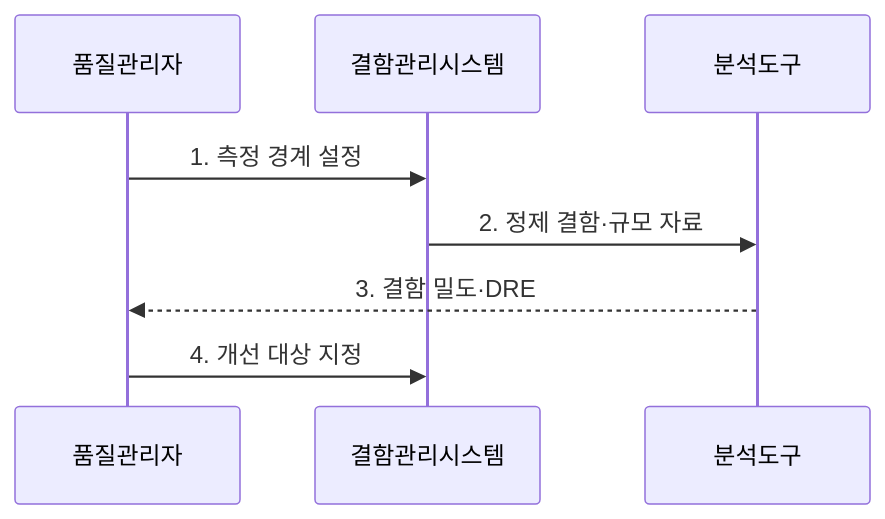
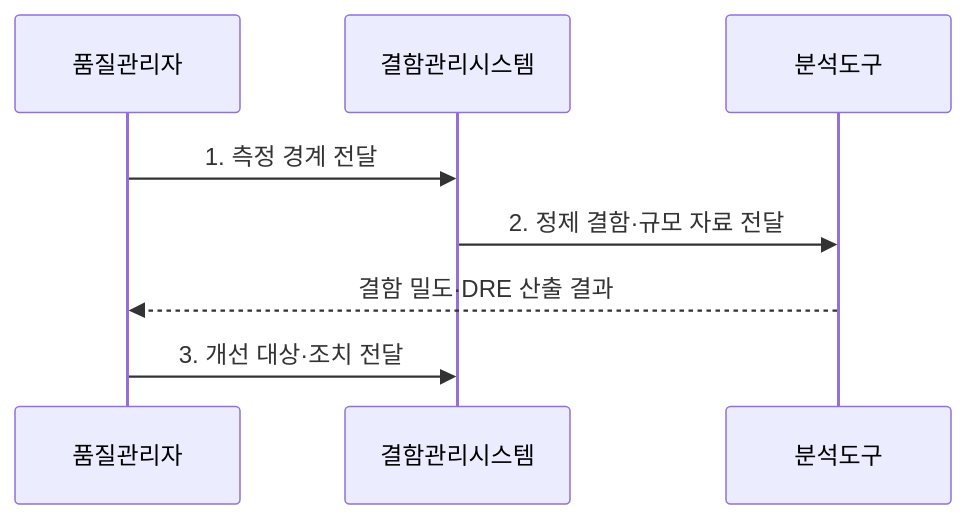
Before and after one commit to agnusdei1207/knowledge-base: the second of 2 diagrams in src/content/docs/notes/06-evaluation/032_defect_density_removal_rate.md, drawn with Mermaid. The commit also changed other lines of this file and 20 other files, not shown here.

````diff
--- a/src/content/docs/notes/06-evaluation/032_defect_density_removal_rate.md
+++ b/src/content/docs/notes/06-evaluation/032_defect_density_removal_rate.md
@@ -79,10 +79,10 @@
 ```mermaid
 sequenceDiagram
     participant Q as 품질관리자
     participant D as 결함관리시스템
     participant A as 분석도구
-    Q->>D: 1. 측정 경계 설정
-    D->>A: 2. 정제 결함·규모 자료
-    A-->>Q: 3. 결함 밀도·DRE
-    Q->>D: 4. 개선 대상 지정
+    Q->>D: 1. 측정 경계 전달
+    D->>A: 2. 정제 결함·규모 자료 전달
+    A-->>Q: 결함 밀도·DRE 산출 결과
+    Q->>D: 3. 개선 대상·조치 전달
 ```
````
